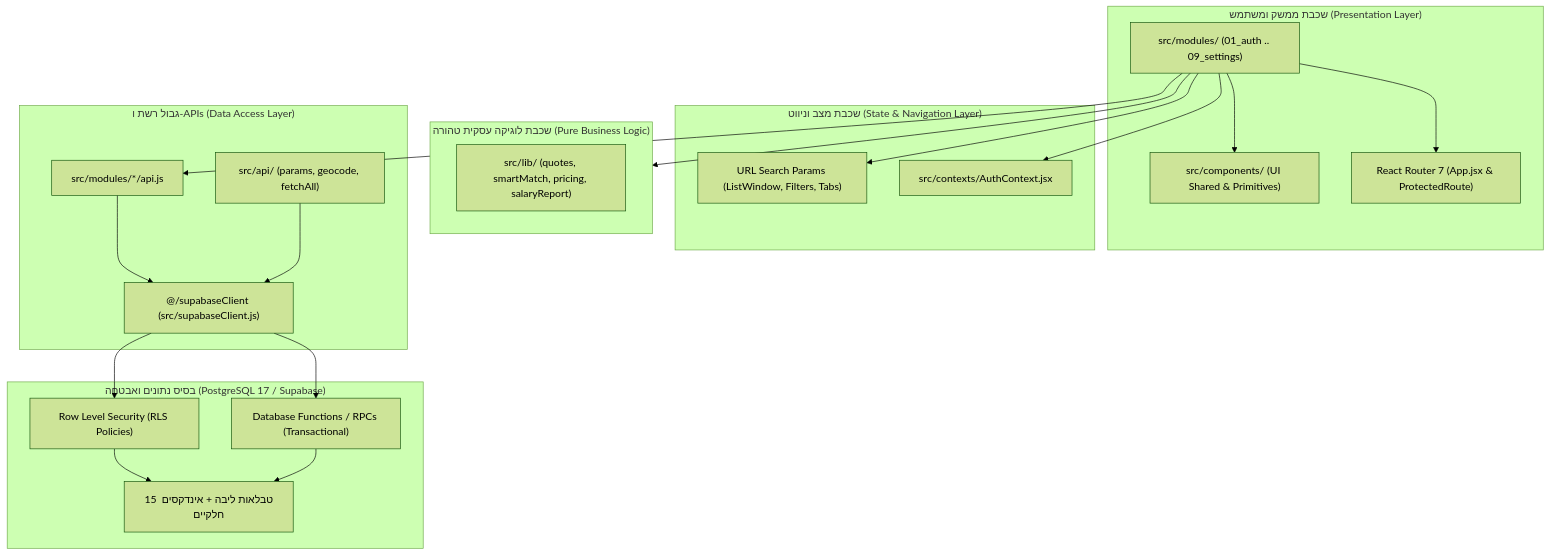
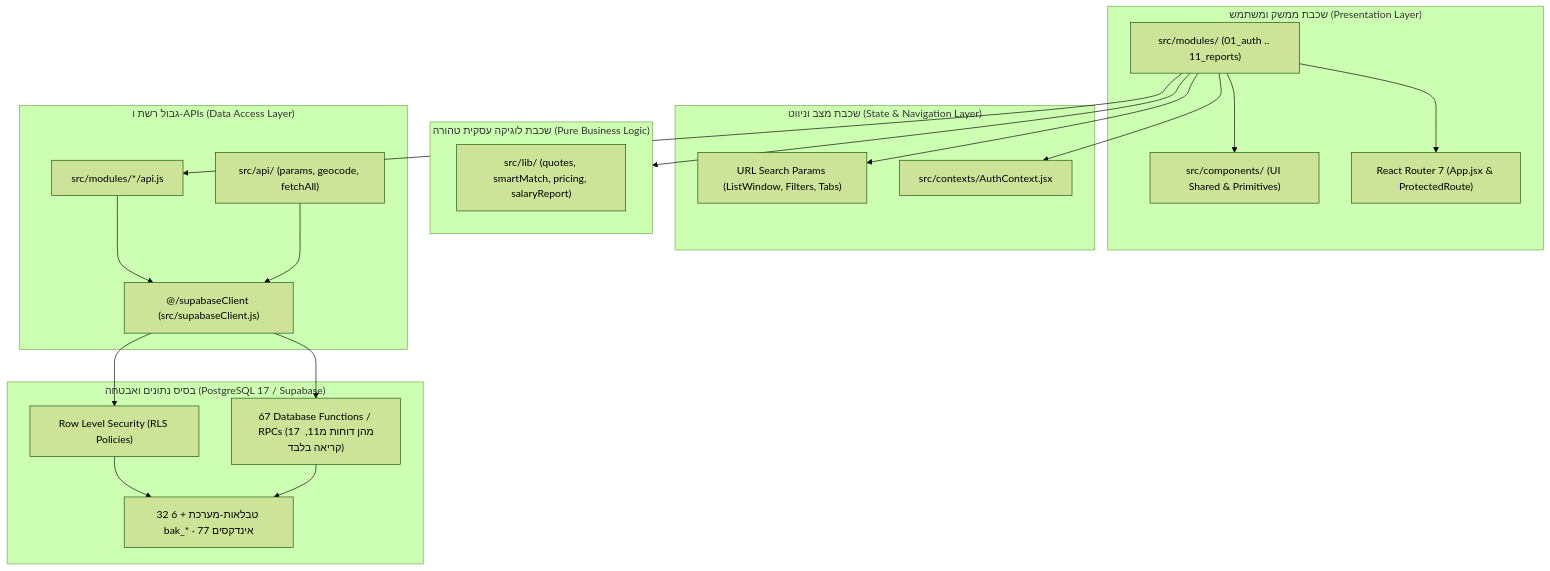
One commit to ishay1997-ux/Reg-In changed the diagram in docs/CODE_MAP.md. Above: the diagram before and after it, drawn with Mermaid (forest theme). The commit also changed other lines of this file and 23 other files, not shown here.

````diff
--- a/docs/CODE_MAP.md
+++ b/docs/CODE_MAP.md
@@ -12,42 +15,42 @@
 ```mermaid
 graph TD
     subgraph UI_Layer ["שכבת ממשק ומשתמש (Presentation Layer)"]
-        Modules["src/modules/ (01_auth .. 09_settings)"]
+        Modules["src/modules/ (01_auth .. 11_reports)"]
         Components["src/components/ (UI Shared & Primitives)"]
         Router["React Router 7 (App.jsx & ProtectedRoute)"]
     end
 
     subgraph State_Layer ["שכבת מצב וניווט (State & Navigation Layer)"]
         URLState["URL Search Params (ListWindow, Filters, Tabs)"]
         AuthCtx["src/contexts/AuthContext.jsx"]
     end
 
     subgraph Logic_Layer ["שכבת לוגיקה עסקית טהורה (Pure Business Logic)"]
         Lib["src/lib/ (quotes, smartMatch, pricing, salaryReport)"]
     end
 
     subgraph API_Boundary ["גבול רשת ו-APIs (Data Access Layer)"]
         ModuleAPI["src/modules/*/api.js"]
         SharedAPI["src/api/ (params, geocode, fetchAll)"]
         Client["@/supabaseClient (src/supabaseClient.js)"]
     end
 
     subgraph Backend_DB ["בסיס נתונים ואבטחה (PostgreSQL 17 / Supabase)"]
         RLS["Row Level Security (RLS Policies)"]
-        RPCs["Database Functions / RPCs (Transactional)"]
-        Tables["15 טבלאות ליבה + אינדקסים חלקיים"]
+        RPCs["67 Database Functions / RPCs (17 מהן דוחות מ11, קריאה בלבד)"]
+        Tables["32 טבלאות-מערכת + 6 bak_* · 77 אינדקסים"]
     end
 
     Modules --> Router
     Modules --> Components
     Modules --> URLState
     Modules --> AuthCtx
     Modules --> Logic_Layer
     Modules --> ModuleAPI
     ModuleAPI --> Client
     SharedAPI --> Client
     Client --> RLS
     RLS --> Tables
     Client --> RPCs
     RPCs --> Tables
 ```
````
